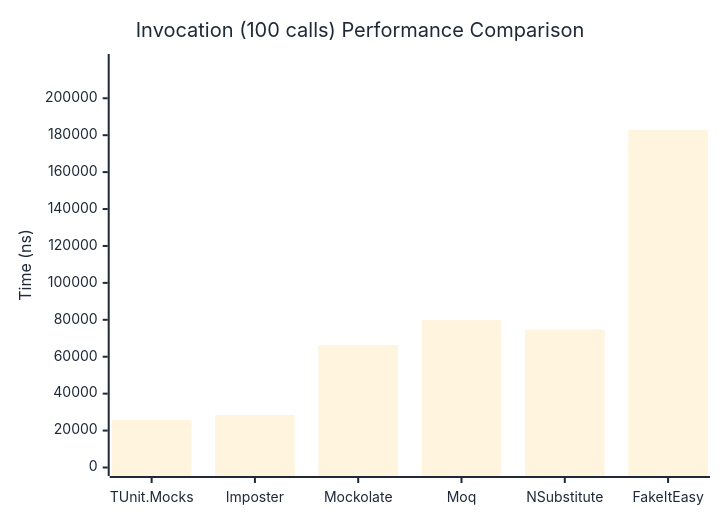
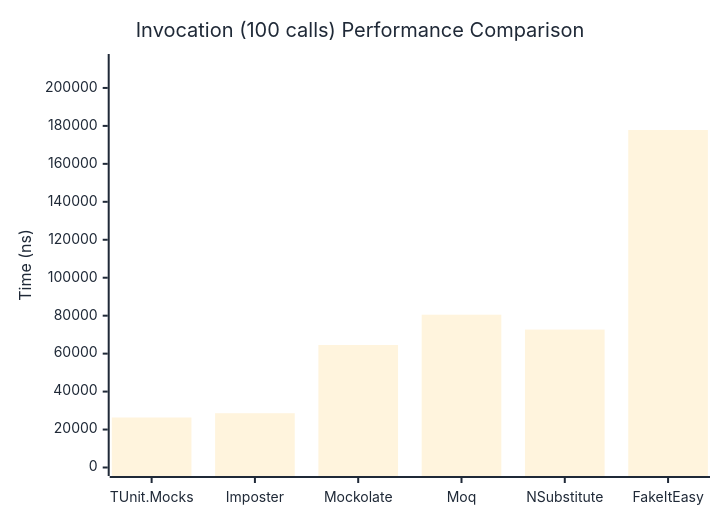
One commit to thomhurst/TUnit changed the third of 3 diagrams in docs/docs/benchmarks/mocks/Invocation.md. Above: the diagram before and after it, drawn with Mermaid. The commit also changed other lines of this file and 14 other files, not shown here.

````diff
--- a/docs/docs/benchmarks/mocks/Invocation.md
+++ b/docs/docs/benchmarks/mocks/Invocation.md
@@ -110,27 +110,27 @@
 ```mermaid
 %%{init: {
   'theme':'base',
   'themeVariables': {
     'primaryColor': '#2563eb',
     'primaryTextColor': '#1f2937',
     'primaryBorderColor': '#1e40af',
     'lineColor': '#6b7280',
     'secondaryColor': '#7c3aed',
     'tertiaryColor': '#dc2626',
     'background': '#ffffff',
     'pie1': '#2563eb',
     'pie2': '#7c3aed',
     'pie3': '#dc2626',
     'pie4': '#f59e0b',
     'pie5': '#10b981',
     'pie6': '#06b6d4',
     'pie7': '#ec4899',
     'pie8': '#6366f1'
   }
 }}%%
 xychart-beta
   title "Invocation (100 calls) Performance Comparison"
   x-axis ["TUnit.Mocks", "Imposter", "Mockolate", "Moq", "NSubstitute", "FakeItEasy"]
-  y-axis "Time (ns)" 0 --> 219371
-  bar [25713.5, 28487.4, 66299.9, 79836.2, 74687.4, 182809.1]
+  y-axis "Time (ns)" 0 --> 213403
+  bar [26345.4, 28606.6, 64539.3, 80516.4, 72674, 177835.2]
 ```
````
